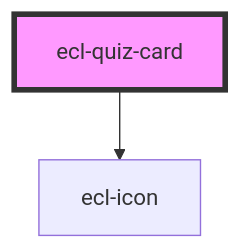
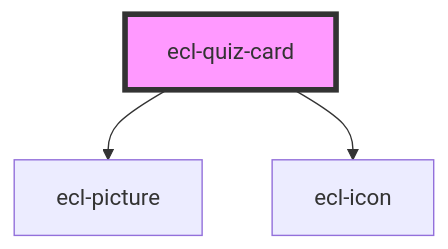
Before and after one commit to ec-europa/ecl-webcomponents: the diagram in src/components/ecl-quiz/readme.md, drawn with Mermaid. The commit also changed other lines of this file and 69 other files, not shown here.

Commit message:
feat(ECL-5.3.0): Adding slider pager, using it in updated quiz

````diff
--- a/src/components/ecl-quiz/readme.md
+++ b/src/components/ecl-quiz/readme.md
@@ -41,5 +42,6 @@
 ```mermaid
 graph TD;
+  ecl-quiz-card --> ecl-picture
   ecl-quiz-card --> ecl-icon
   style ecl-quiz-card fill:#f9f,stroke:#333,stroke-width:4px
 ```
````
